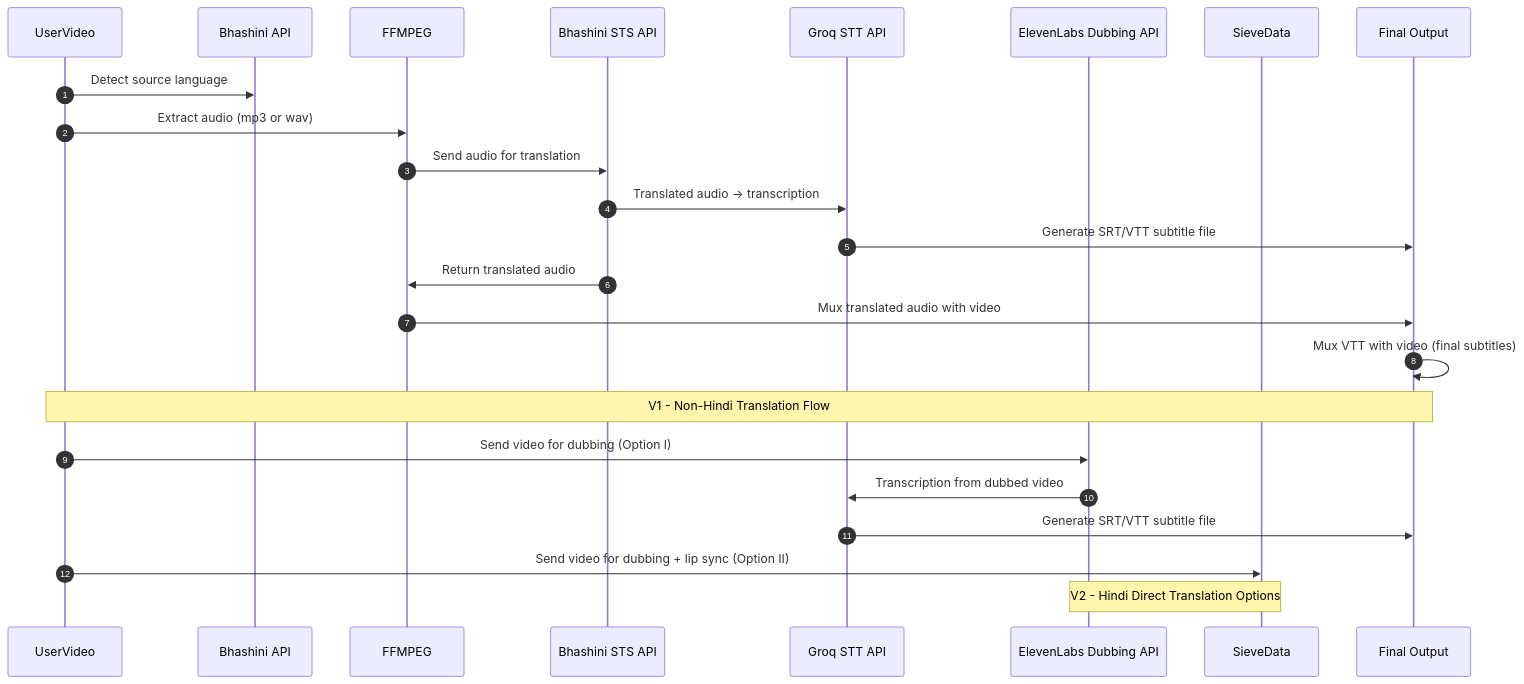
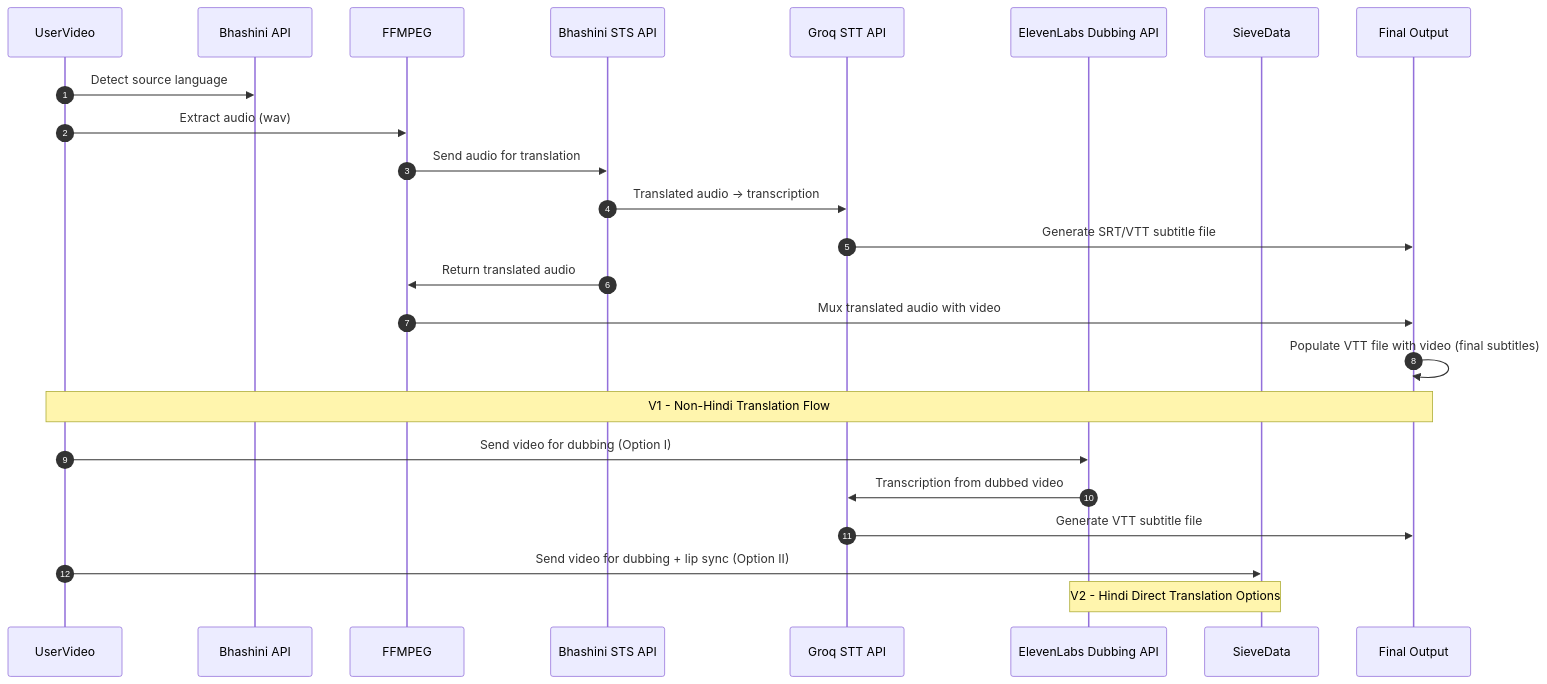
Before and after one commit to theapprenticeproject/Video_Translation: the second of 2 diagrams in README.md, drawn with Mermaid. The commit also changed other lines of this file, not shown here.

Commit message:
docs: updated readme with changes related to subtitles info

````diff
--- a/README.md
+++ b/README.md
@@ -189,34 +190,34 @@
 ```mermaid
 sequenceDiagram
   autonumber
 
   participant UserVideo
   participant BhashiniAPI as Bhashini API
   participant FFMPEG
   participant STSAPI as Bhashini STS API
   participant GroqSTT as Groq STT API
   participant ElevenLabs as ElevenLabs Dubbing API
   participant SieveData
   participant Output as Final Output
 
   %% V1 - Non-Hindi Translations
   UserVideo->>BhashiniAPI: Detect source language
-  UserVideo->>FFMPEG: Extract audio (mp3 or wav)
+  UserVideo->>FFMPEG: Extract audio (wav)
   FFMPEG->>STSAPI: Send audio for translation
   STSAPI->>GroqSTT: Translated audio → transcription
   GroqSTT->>Output: Generate SRT/VTT subtitle file
   STSAPI->>FFMPEG: Return translated audio
   FFMPEG->>Output: Mux translated audio with video
-  Output->>Output: Mux VTT with video (final subtitles)
+  Output->>Output: Populate VTT file with video (final subtitles)
 
   Note over UserVideo,Output: V1 - Non-Hindi Translation Flow
 
   %% V2 - Hindi Direct Translation
   UserVideo->>ElevenLabs: Send video for dubbing (Option I)
   ElevenLabs->>GroqSTT: Transcription from dubbed video
-  GroqSTT->>Output: Generate SRT/VTT subtitle file
+  GroqSTT->>Output: Generate VTT subtitle file
 
   UserVideo->>SieveData: Send video for dubbing + lip sync (Option II)
 
   Note over ElevenLabs,SieveData: V2 - Hindi Direct Translation Options
 ```
````
